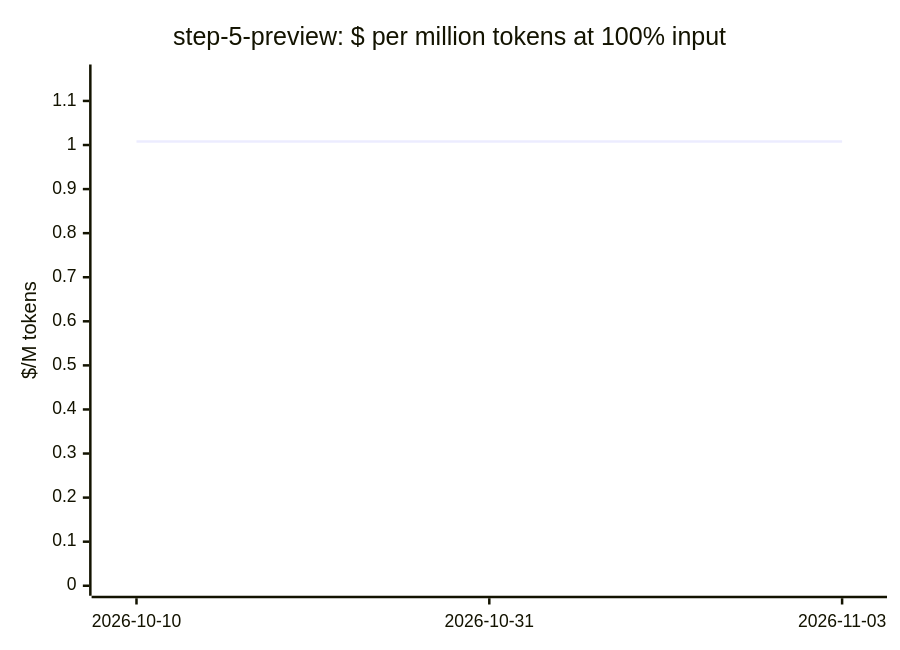
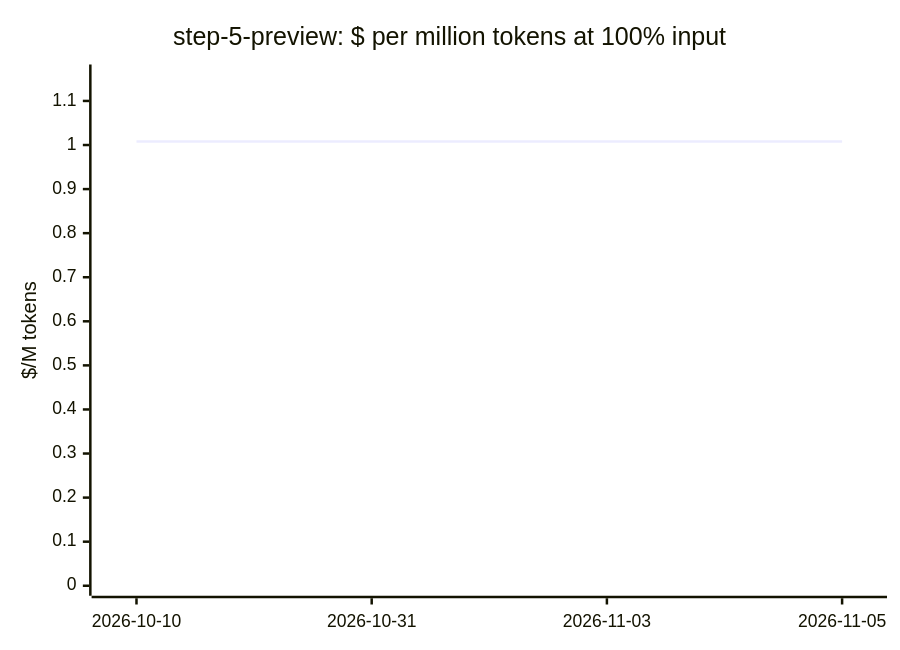
One commit to cklukas/OMEGA_TRANSFORM changed diagram 15 of 20 in docs/openrouter-models.md. Above: the diagram before and after it, drawn with Mermaid. The commit also changed other lines of this file and 291 other files, not shown here.

````diff
--- a/docs/openrouter-models.md
+++ b/docs/openrouter-models.md
@@ -266,7 +269,7 @@
 ```mermaid
 xychart-beta
     title "step-5-preview: $ per million tokens at 100% input"
-    x-axis ["2026-10-10", "2026-10-31", "2026-11-03"]
+    x-axis ["2026-10-10", "2026-10-31", "2026-11-03", "2026-11-05"]
     y-axis "$/M tokens" 0 --> 1.16
-    line [1.008, 1.008, 1.008]
+    line [1.008, 1.008, 1.008, 1.008]
 ```
````
